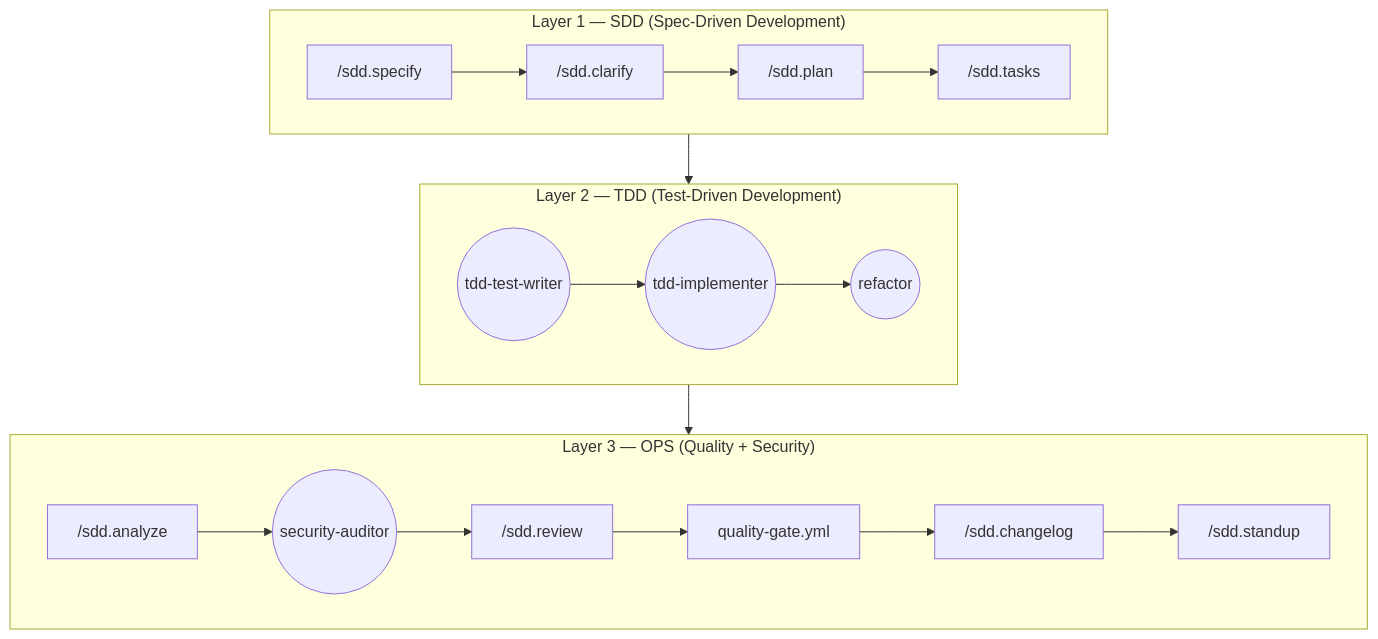
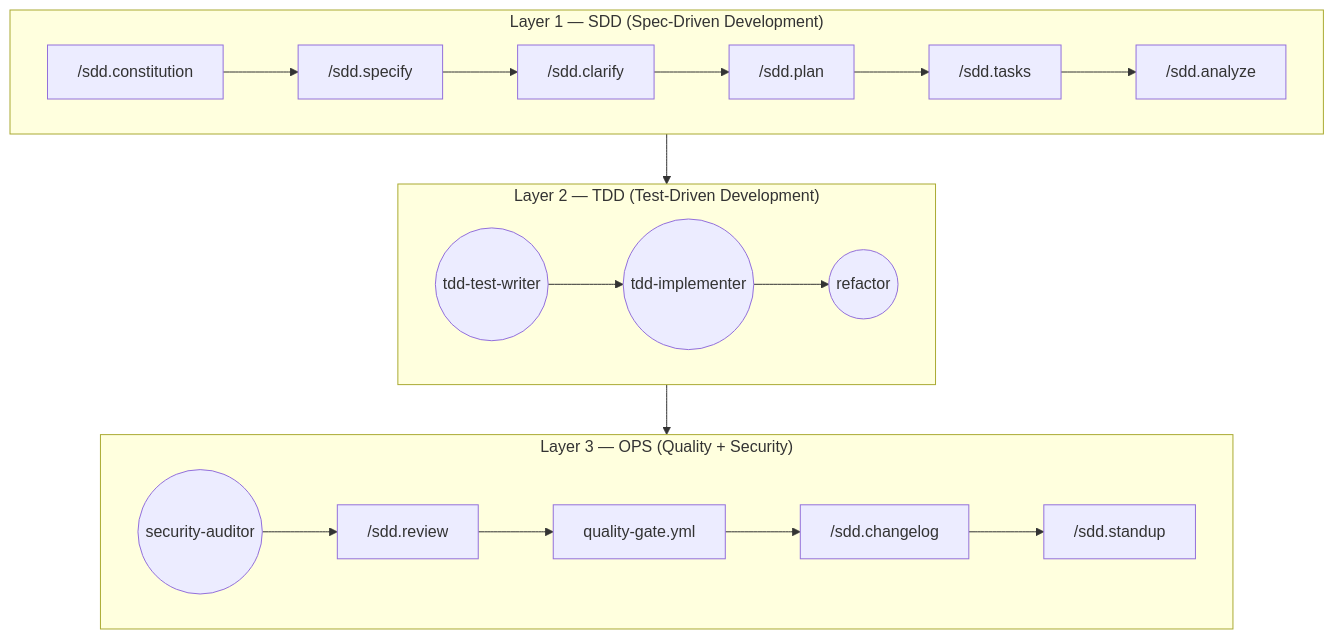
The diagram in README.md (jonatascatarina/ai-first-pipeline), drawn with Mermaid before and after one commit. The commit also changed other lines of this file and 1 other file, not shown here.

Commit message:
fix: correct SDD layer with 6 steps and move analyze out of OPS

````diff
--- a/README.md
+++ b/README.md
@@ -122,13 +122,13 @@
 ```mermaid
 flowchart TD
     subgraph L1 ["Layer 1 — SDD  (Spec-Driven Development)"]
-        A["/sdd.specify"] --> B["/sdd.clarify"] --> C["/sdd.plan"] --> D["/sdd.tasks"]
+        A["/sdd.constitution"] --> B["/sdd.specify"] --> C["/sdd.clarify"] --> D["/sdd.plan"] --> E["/sdd.tasks"] --> F["/sdd.analyze"]
     end
     subgraph L2 ["Layer 2 — TDD  (Test-Driven Development)"]
-        E(("tdd-test-writer")) --> F(("tdd-implementer")) --> G(("refactor"))
+        G(("tdd-test-writer")) --> H(("tdd-implementer")) --> I(("refactor"))
     end
     subgraph L3 ["Layer 3 — OPS  (Quality + Security)"]
-        H["/sdd.analyze"] --> I(("security-auditor")) --> J["/sdd.review"] --> K["quality-gate.yml"] --> L["/sdd.changelog"] --> M["/sdd.standup"]
+        J(("security-auditor")) --> K["/sdd.review"] --> L["quality-gate.yml"] --> M["/sdd.changelog"] --> N["/sdd.standup"]
     end
     L1 --> L2 --> L3
 ```
````
